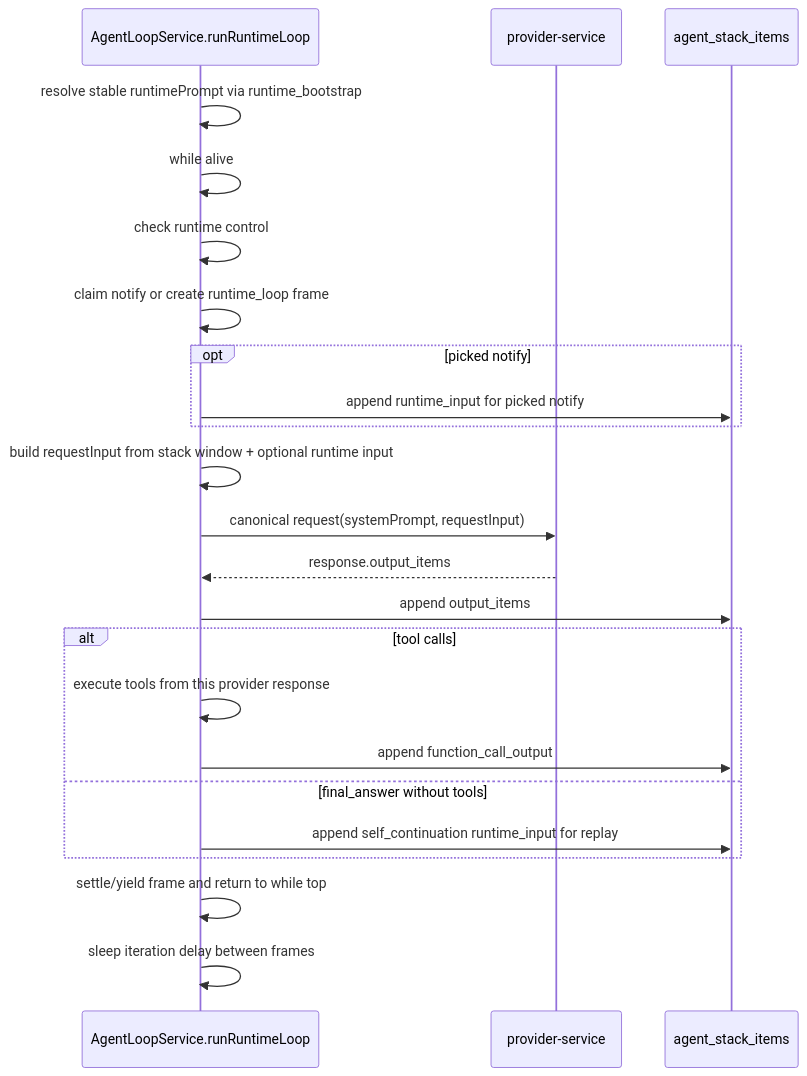
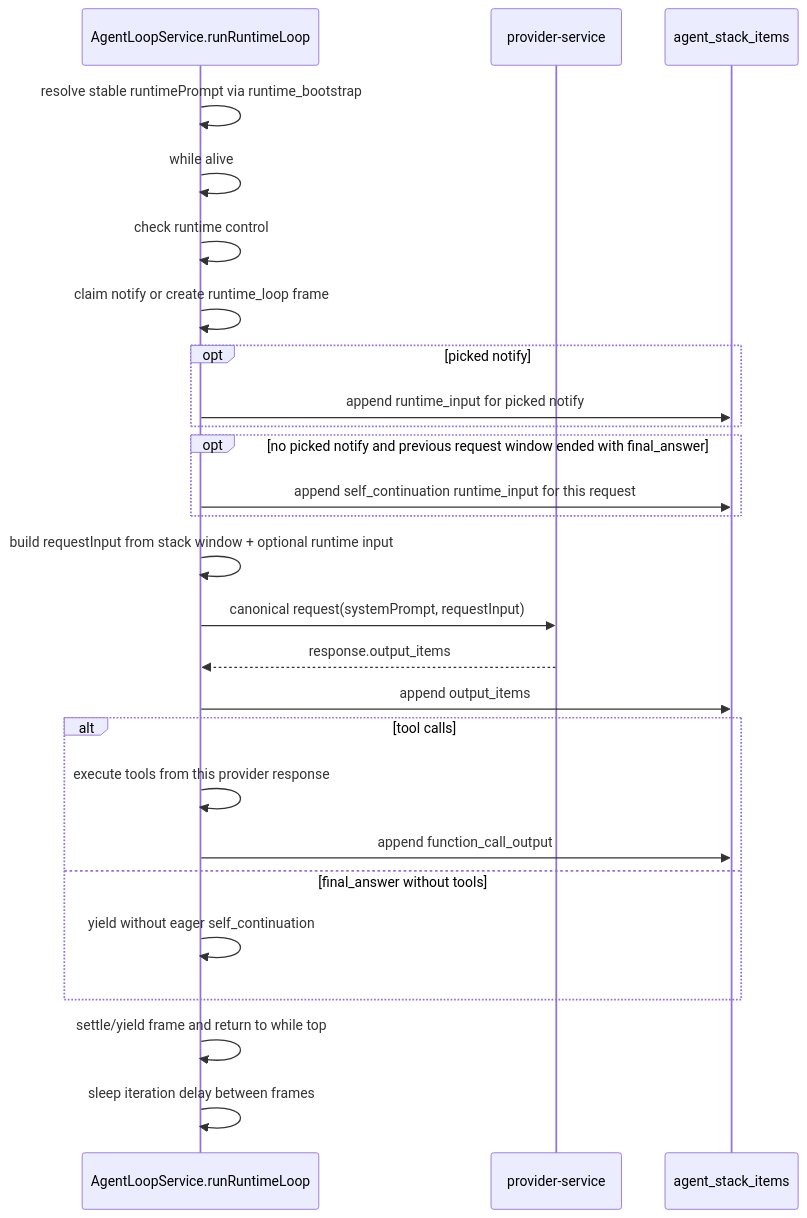
Before and after one commit to Hei-AI/xiaoni_cc: the diagram in docs/XIAONI_NOTIFY_RUNTIME_ARCHITECTURE.md, drawn with Mermaid. The commit also changed other lines of this file and 8 other files, not shown here.

Commit message:
fix: append self continuation only after idle final answer

````diff
--- a/docs/XIAONI_NOTIFY_RUNTIME_ARCHITECTURE.md
+++ b/docs/XIAONI_NOTIFY_RUNTIME_ARCHITECTURE.md
@@ -48,26 +50,29 @@
 ```mermaid
 sequenceDiagram
   participant L as AgentLoopService.runRuntimeLoop
   participant P as provider-service
   participant S as agent_stack_items
 
   L->>L: resolve stable runtimePrompt via runtime_bootstrap
   L->>L: while alive
   L->>L: check runtime control
   L->>L: claim notify or create runtime_loop frame
   opt picked notify
     L->>S: append runtime_input for picked notify
   end
+  opt no picked notify and previous request window ended with final_answer
+    L->>S: append self_continuation runtime_input for this request
+  end
   L->>L: build requestInput from stack window + optional runtime input
   L->>P: canonical request(systemPrompt, requestInput)
   P-->>L: response.output_items
   L->>S: append output_items
   alt tool calls
     L->>L: execute tools from this provider response
     L->>S: append function_call_output
   else final_answer without tools
-    L->>S: append self_continuation runtime_input for replay
+    L->>L: yield without eager self_continuation
   end
   L->>L: settle/yield frame and return to while top
   L->>L: sleep iteration delay between frames
 ```
````
